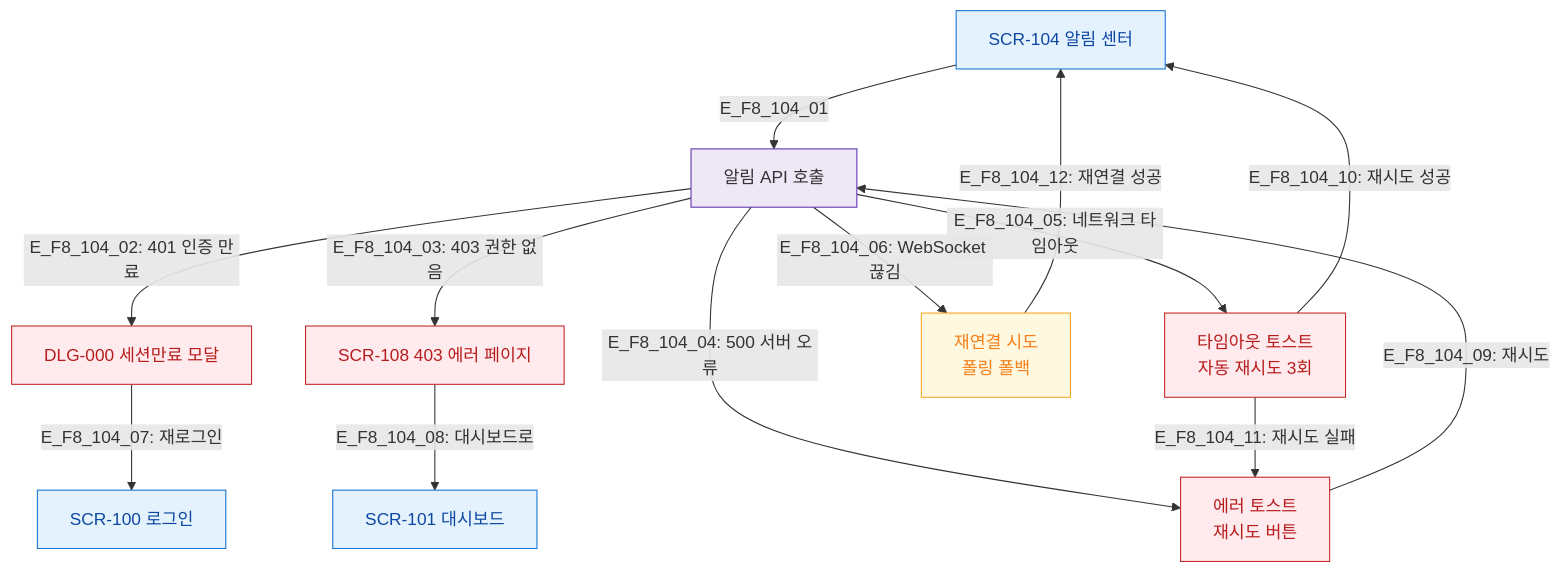
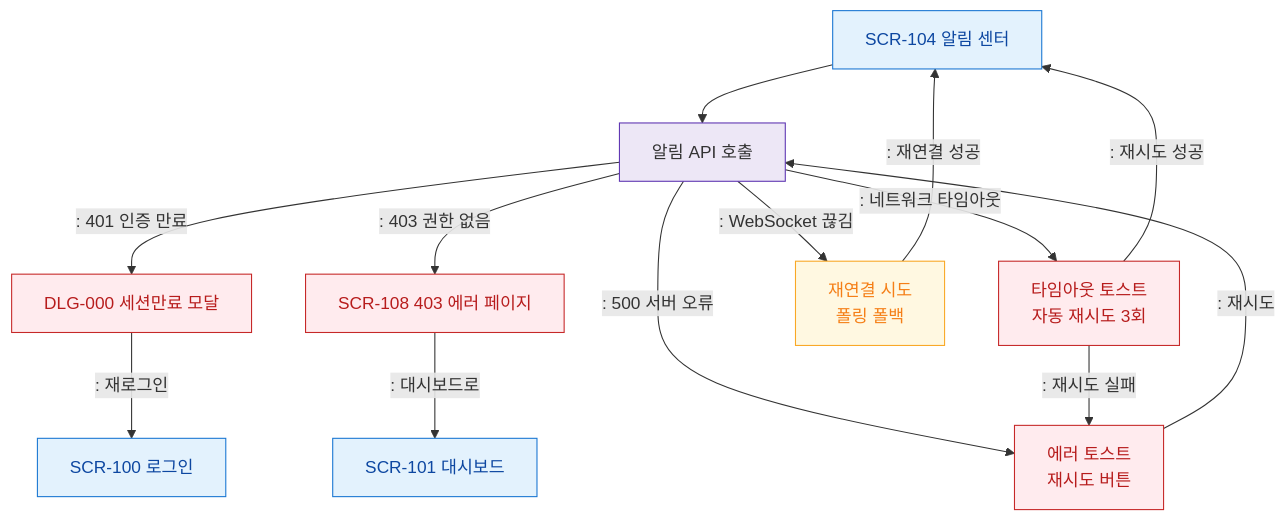
Before and after one commit to dev-spogym/admin-pando: the diagram in docs/다이어그램/D01_공통/SCR-104_알림센터/F8_에러.md, drawn with Mermaid. The commit also changed other lines of this file and 1660 other files, not shown here.

First line of the commit message:
다이어그램: 기획자/클라이언트 납품본으로 정리

````diff
--- a/docs/다이어그램/D01_공통/SCR-104_알림센터/F8_에러.md
+++ b/docs/다이어그램/D01_공통/SCR-104_알림센터/F8_에러.md
@@ -19,26 +17,26 @@
 ```mermaid
 flowchart TD
-    SCR_104[SCR-104 알림 센터] -->|E_F8_104_01| API_CALL[알림 API 호출]
+    SCR_104[SCR-104 알림 센터] --> API_CALL[알림 API 호출]
 
-    API_CALL -->|"E_F8_104_02: 401 인증 만료"| ERR_401[DLG-000 세션만료 모달]
-    API_CALL -->|"E_F8_104_03: 403 권한 없음"| ERR_403[SCR-108 403 에러 페이지]
-    API_CALL -->|"E_F8_104_04: 500 서버 오류"| ERR_500[에러 토스트\n재시도 버튼]
-    API_CALL -->|"E_F8_104_05: 네트워크 타임아웃"| ERR_TIMEOUT[타임아웃 토스트\n자동 재시도 3회]
-    API_CALL -->|"E_F8_104_06: WebSocket 끊김"| ERR_WS[재연결 시도\n폴링 폴백]
+    API_CALL -->|": 401 인증 만료"|ERR_401[DLG-000 세션만료 모달]
+    API_CALL -->|": 403 권한 없음"|ERR_403[SCR-108 403 에러 페이지]
+    API_CALL -->|": 500 서버 오류"|ERR_500[에러 토스트\n재시도 버튼]
+    API_CALL -->|": 네트워크 타임아웃"|ERR_TIMEOUT[타임아웃 토스트\n자동 재시도 3회]
+    API_CALL -->|": WebSocket 끊김"|ERR_WS[재연결 시도\n폴링 폴백]
 
-    ERR_401 -->|"E_F8_104_07: 재로그인"| SCR_100[SCR-100 로그인]
-    ERR_403 -->|"E_F8_104_08: 대시보드로"| SCR_101[SCR-101 대시보드]
-    ERR_500 -->|"E_F8_104_09: 재시도"| API_CALL
-    ERR_TIMEOUT -->|"E_F8_104_10: 재시도 성공"| SCR_104
-    ERR_TIMEOUT -->|"E_F8_104_11: 재시도 실패"| ERR_500
-    ERR_WS -->|"E_F8_104_12: 재연결 성공"| SCR_104
+    ERR_401 -->|": 재로그인"|SCR_100[SCR-100 로그인]
+    ERR_403 -->|": 대시보드로"|SCR_101[SCR-101 대시보드]
+    ERR_500 -->|": 재시도"|API_CALL
+    ERR_TIMEOUT -->|": 재시도 성공"|SCR_104
+    ERR_TIMEOUT -->|": 재시도 실패"|ERR_500
+    ERR_WS -->|": 재연결 성공"|SCR_104
 
-    classDef screen  fill:#E3F2FD,stroke:#1976D2,color:#0D47A1
-    classDef error   fill:#FFEBEE,stroke:#C62828,color:#B71C1C
+    classDef screen fill:#E3F2FD,stroke:#1976D2,color:#0D47A1
+    classDef error fill:#FFEBEE,stroke:#C62828,color:#B71C1C
     classDef warning fill:#FFF8E1,stroke:#F9A825,color:#F57F17
-    classDef system  fill:#EDE7F6,stroke:#5E35B2
+    classDef system fill:#EDE7F6,stroke:#5E35B2
     class SCR_104,SCR_100,SCR_101 screen
     class ERR_401,ERR_403,ERR_500,ERR_TIMEOUT error
     class ERR_WS warning
     class API_CALL system
 ```
````
